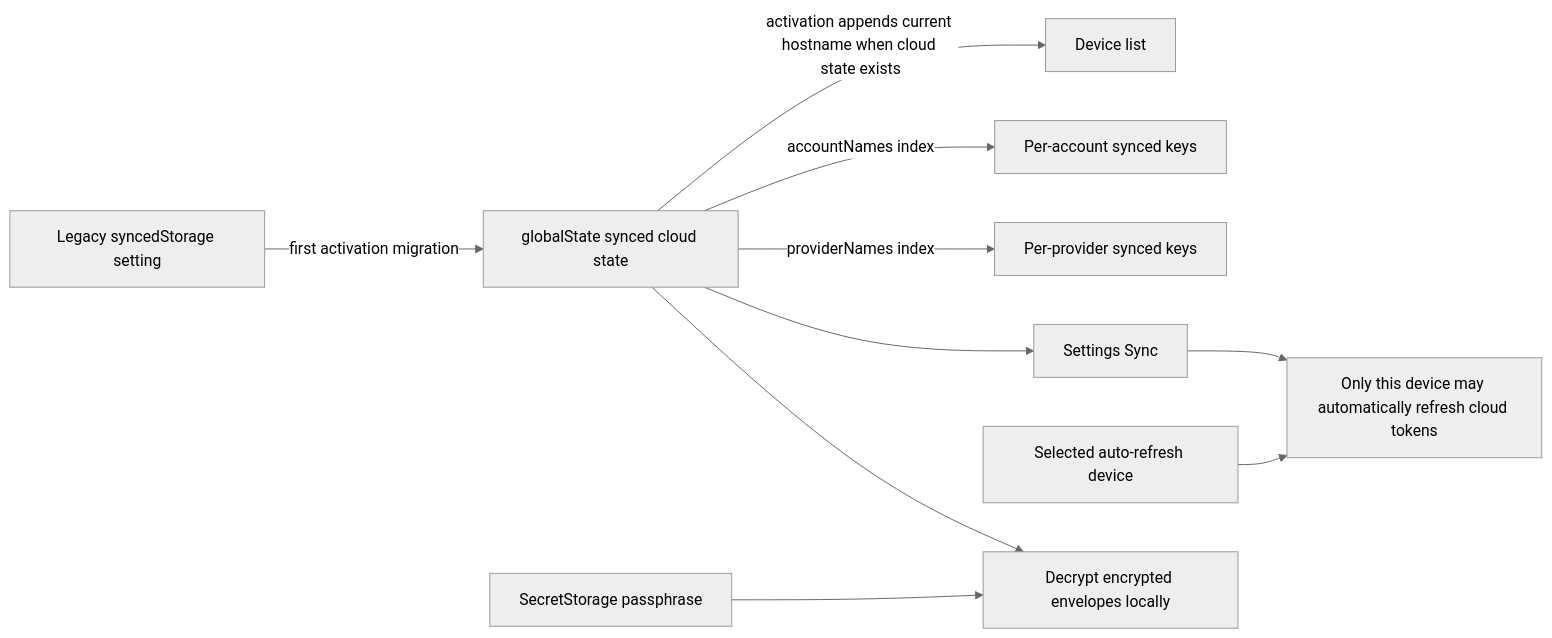
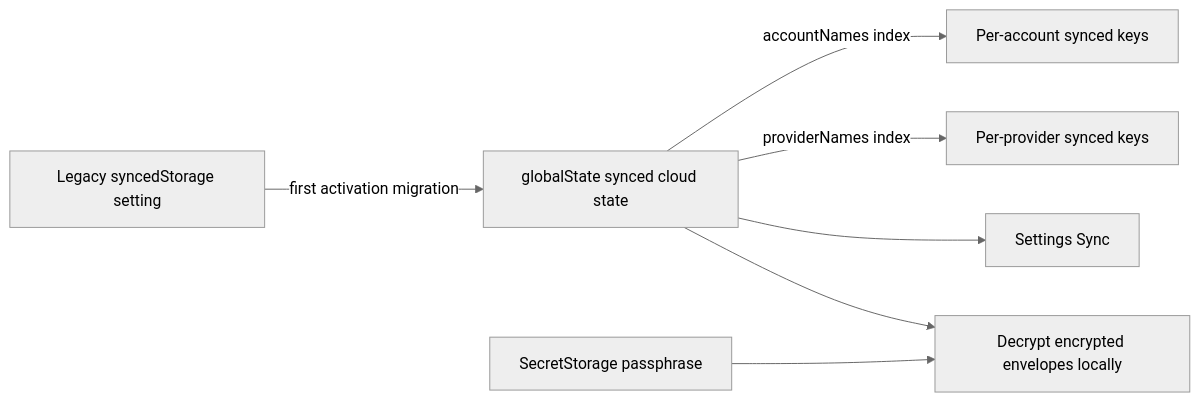
One commit to jqknono/codex-account-switch changed the diagram in docs/synced-cloud-state.md. Above: the diagram before and after it, drawn with Mermaid (neutral theme). The commit also changed other lines of this file and 14 other files, not shown here.

First line of the commit message:
refactor(auth): remove legacy cloud device authority

````diff
--- a/docs/synced-cloud-state.md
+++ b/docs/synced-cloud-state.md
@@ -17,12 +15,9 @@
 ```mermaid
 flowchart LR
   A[Legacy syncedStorage setting] -->|first activation migration| B[globalState synced cloud state]
-  B -->|activation appends current hostname when cloud state exists| C[Device list]
   B -->|accountNames index| I[Per-account synced keys]
   B -->|providerNames index| J[Per-provider synced keys]
   B --> D[Settings Sync]
-  E[Selected auto-refresh device] --> F[Only this device may automatically refresh cloud tokens]
-  D --> F
   G[SecretStorage passphrase] --> H[Decrypt encrypted envelopes locally]
   B --> H
 ```
````
